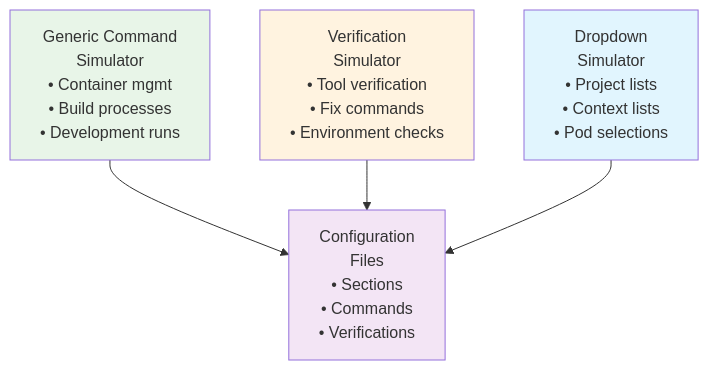
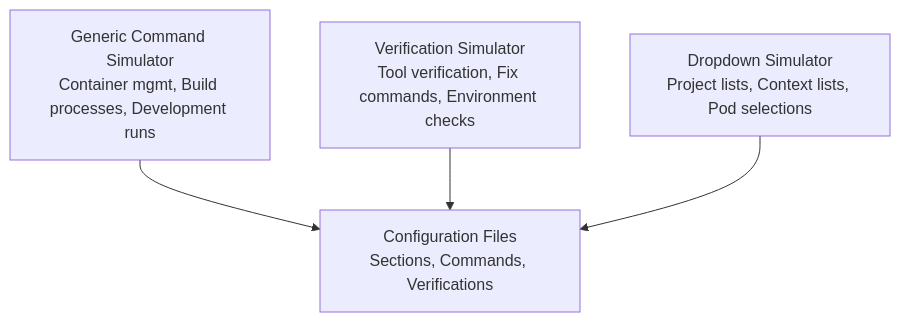
One commit to sagy101/ProjectName-Manager changed the diagram in docs/development/simulation-system.md. Above: the diagram before and after it, drawn with Mermaid.

Commit message:
fix: simplify Mermaid diagram for GitHub compatibility
- Use flowchart TD instead of graph TD
- Remove style declarations that may cause rendering issues
- Use simple node IDs (A, B, C, D)
- Remove bullet points that might break parsing
- Should now render properly on GitHub

````diff
--- a/docs/development/simulation-system.md
+++ b/docs/development/simulation-system.md
@@ -24,17 +24,11 @@
 ```mermaid
-graph TD
-    GCS["Generic Command<br/>Simulator<br/>• Container mgmt<br/>• Build processes<br/>• Development runs"]
-    VS["Verification<br/>Simulator<br/>• Tool verification<br/>• Fix commands<br/>• Environment checks"]
-    DS["Dropdown<br/>Simulator<br/>• Project lists<br/>• Context lists<br/>• Pod selections"]
+flowchart TD
+    A[Generic Command Simulator<br/>Container mgmt, Build processes, Development runs]
+    B[Verification Simulator<br/>Tool verification, Fix commands, Environment checks]  
+    C[Dropdown Simulator<br/>Project lists, Context lists, Pod selections]
+    D[Configuration Files<br/>Sections, Commands, Verifications]
     
-    CONFIG["Configuration<br/>Files<br/>• Sections<br/>• Commands<br/>• Verifications"]
-    
-    GCS --> CONFIG
-    VS --> CONFIG
-    DS --> CONFIG
-    
-    style GCS fill:#e8f5e8
-    style VS fill:#fff3e0
-    style DS fill:#e1f5fe
-    style CONFIG fill:#f3e5f5
+    A --> D
+    B --> D
+    C --> D
 ```
````
